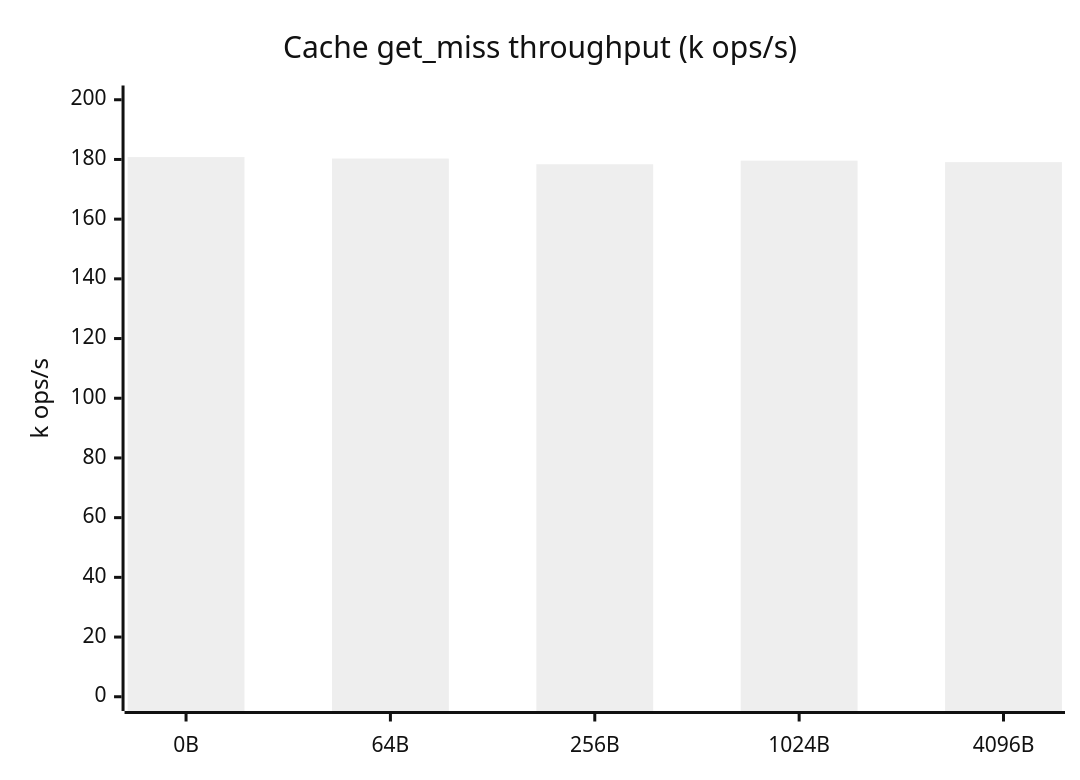
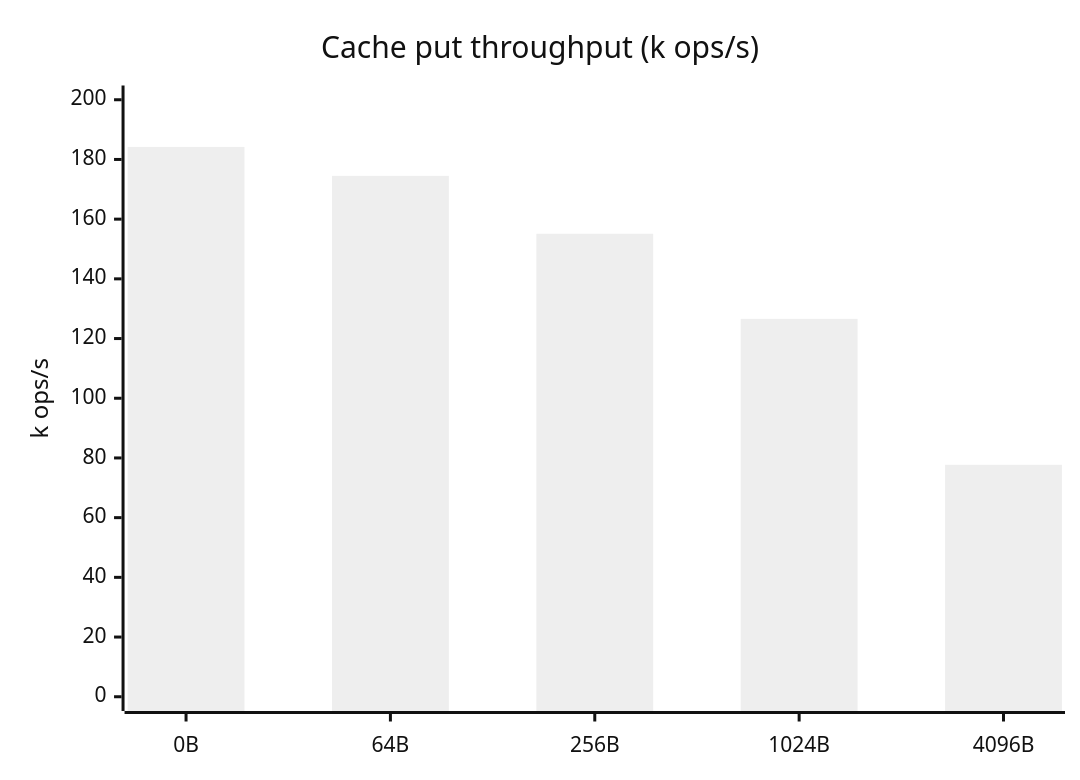
One commit to gabloe/felix changed diagram 20 of 22 in services/broker/README.md. Above: the diagram before and after it, drawn with Mermaid (neutral theme). The commit also changed other lines of this file and 2 other files, not shown here.

````diff
--- a/services/broker/README.md
+++ b/services/broker/README.md
@@ -184,7 +247,7 @@
 ```mermaid
 xychart-beta
-    title "Cache get_miss throughput (k ops/s)"
+    title "Cache put throughput (k ops/s)"
     x-axis ["0B","64B","256B","1024B","4096B"]
     y-axis "k ops/s" 0 --> 200
-    bar "get_miss" [180.8,180.3,178.4,179.6,179.1]
+    bar [184.2,174.5,155.1,126.6,77.7]
 ```
````
